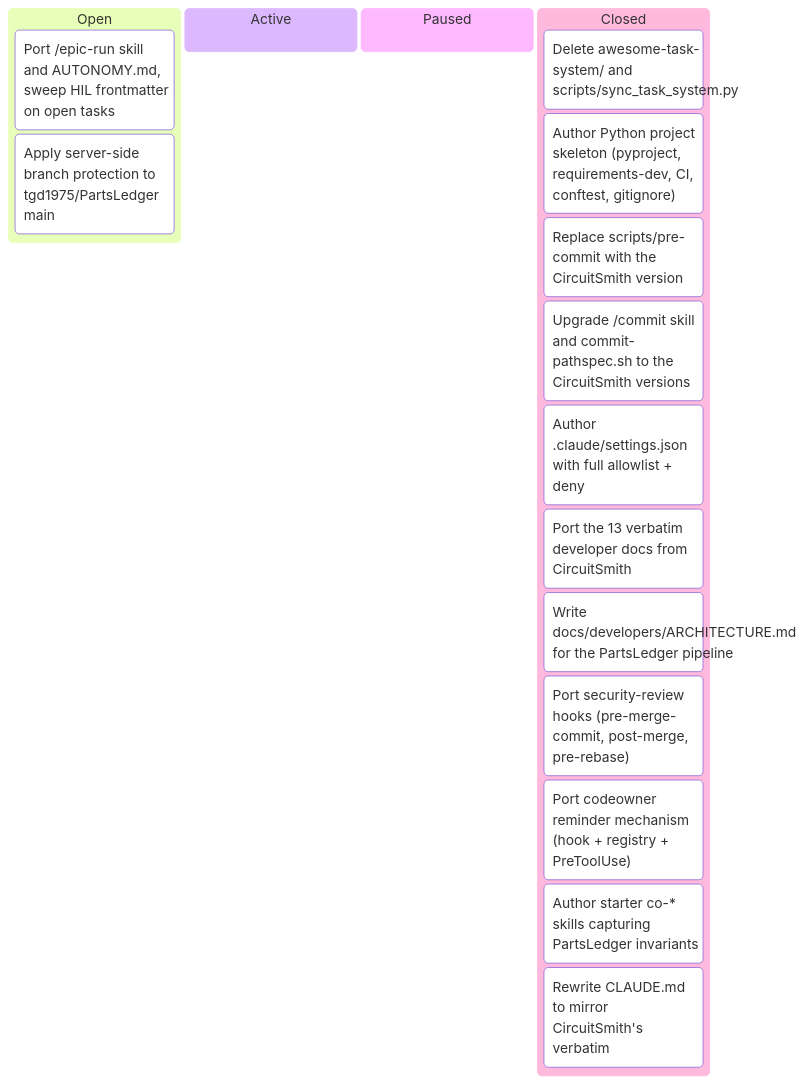
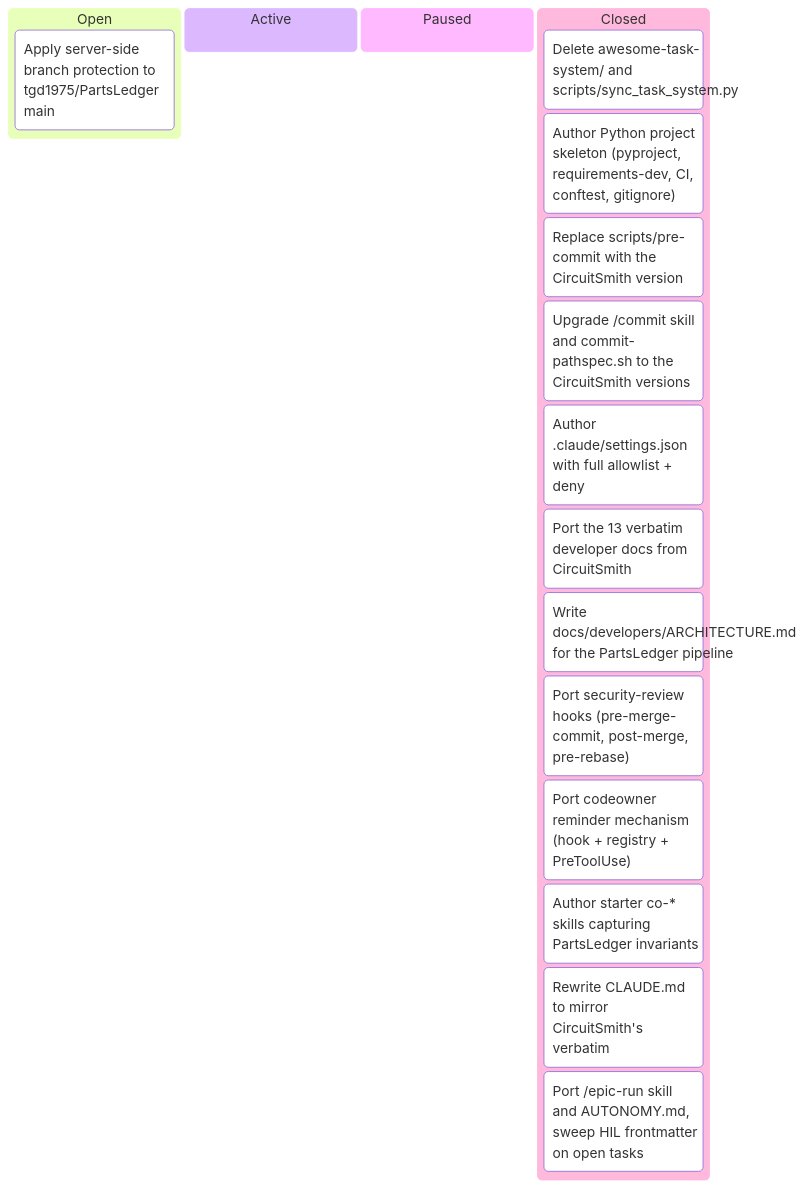
The diagram in docs/developers/tasks/KANBAN.md (tgd1975/PartsLedger), drawn with Mermaid before and after one commit. The commit also changed other lines of this file and 6 other files, not shown here.

First line of the commit message:
close TASK-012: Port /epic-run skill and AUTONOMY.md

````diff
--- a/docs/developers/tasks/KANBAN.md
+++ b/docs/developers/tasks/KANBAN.md
@@ -11,20 +11,20 @@
 ```mermaid
 kanban
   Open
-    TASK_012["Port /epic-run skill and AUTONOMY.md, sweep HIL frontmatter on open tasks"]
     TASK_013["Apply server-side branch protection to tgd1975/PartsLedger main"]
   Active
   Paused
   Closed
     TASK_001["Delete awesome-task-system/ and scripts/sync_task_system.py"]
     TASK_002["Author Python project skeleton (pyproject, requirements-dev, CI, conftest, gitignore)"]
     TASK_003["Replace scripts/pre-commit with the CircuitSmith version"]
     TASK_004["Upgrade /commit skill and commit-pathspec.sh to the CircuitSmith versions"]
     TASK_005["Author .claude/settings.json with full allowlist + deny"]
     TASK_006["Port the 13 verbatim developer docs from CircuitSmith"]
     TASK_007["Write docs/developers/ARCHITECTURE.md for the PartsLedger pipeline"]
     TASK_008["Port security-review hooks (pre-merge-commit, post-merge, pre-rebase)"]
     TASK_009["Port codeowner reminder mechanism (hook + registry + PreToolUse)"]
     TASK_010["Author starter co-* skills capturing PartsLedger invariants"]
     TASK_011["Rewrite CLAUDE.md to mirror CircuitSmith's verbatim"]
+    TASK_012["Port /epic-run skill and AUTONOMY.md, sweep HIL frontmatter on open tasks"]
 ```
````
